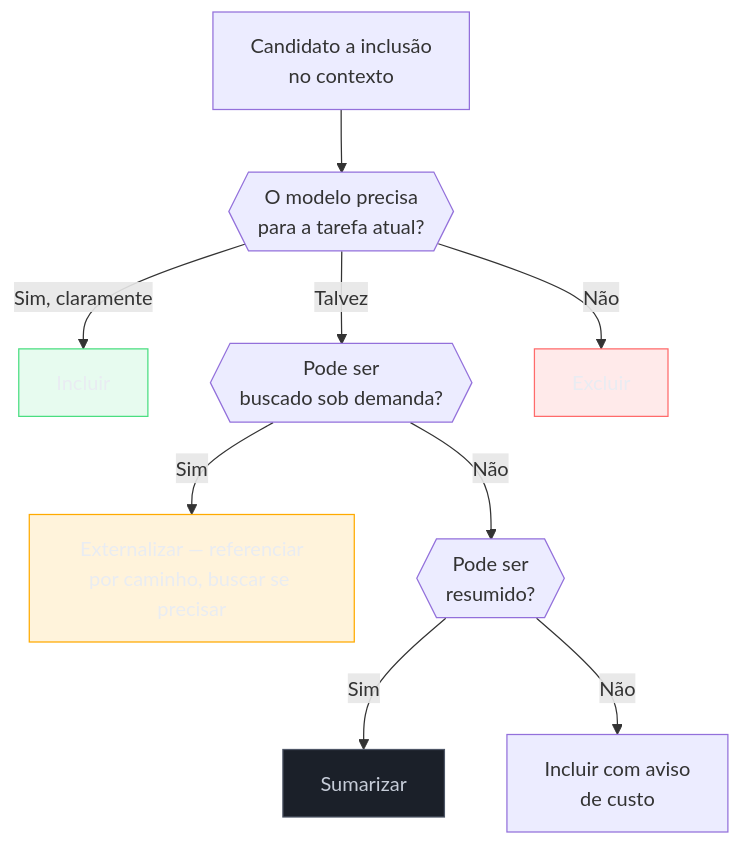
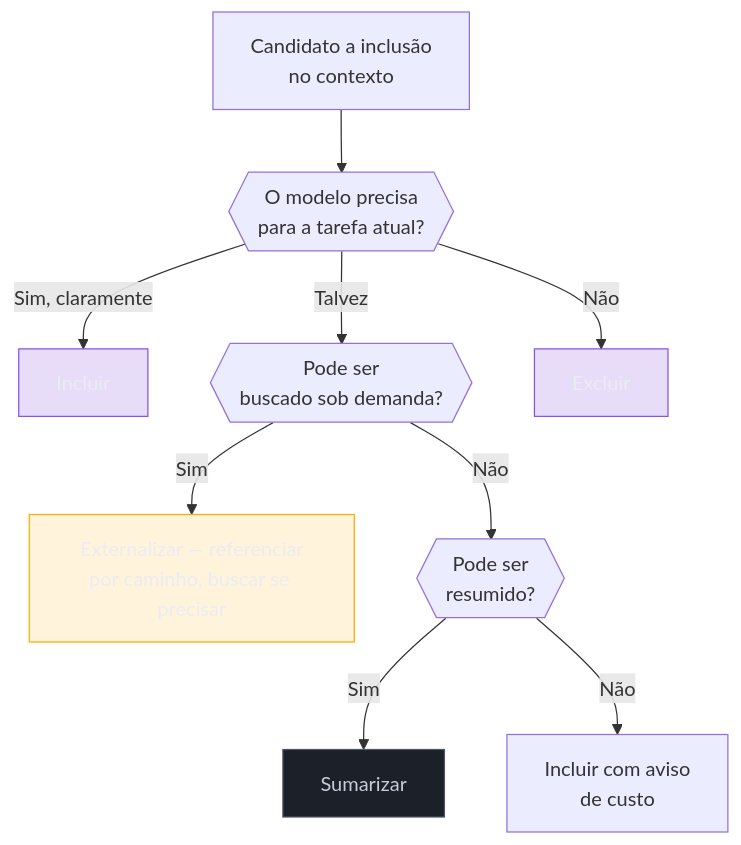
The second of 2 diagrams in 03-Dominios/Tecnologia/IA/Economia de Tokens/06 - Context pruning — o que remover do prompt.md (josenaldo/codex-technomanticus), drawn with Mermaid before and after one commit. The commit also changed other lines of this file and 601 other files, not shown here.

````diff
--- a/03-Dominios/Tecnologia/IA/Economia de Tokens/06 - Context pruning — o que remover do prompt.md
+++ b/03-Dominios/Tecnologia/IA/Economia de Tokens/06 - Context pruning — o que remover do prompt.md
@@ -256,20 +255,19 @@
 ```mermaid
 flowchart TD
-    classDef ok fill:#4ADE8021,stroke:#4ADE80,color:#E9ECF2
-    classDef falha fill:#FF6B6B24,stroke:#FF6B6B,color:#E9ECF2
+    classDef marca fill:#8855DF33,stroke:#8855DF,color:#E9ECF2
     classDef destaque fill:#FFAA0024,stroke:#FFAA00,color:#E9ECF2
     classDef neutro fill:#1B2029,stroke:#4E5666,color:#C6CCD8
     A["Candidato a inclusão\nno contexto"] --> B{{"O modelo precisa\npara a tarefa atual?"}}
     B -- "Sim, claramente" --> C["Incluir"]
     B -- "Talvez" --> D{{"Pode ser\nbuscado sob demanda?"}}
     B -- "Não" --> E["Excluir"]
     D -- "Sim" --> F["Externalizar — referenciar\npor caminho, buscar se precisar"]
     D -- "Não" --> G{{"Pode ser\nresumido?"}}
     G -- "Sim" --> H["Sumarizar"]
     G -- "Não" --> I["Incluir com aviso\nde custo"]
 
-    class C ok
-    class E falha
+    class C marca
+    class E marca
     class F destaque
     class H neutro
 ```
````
